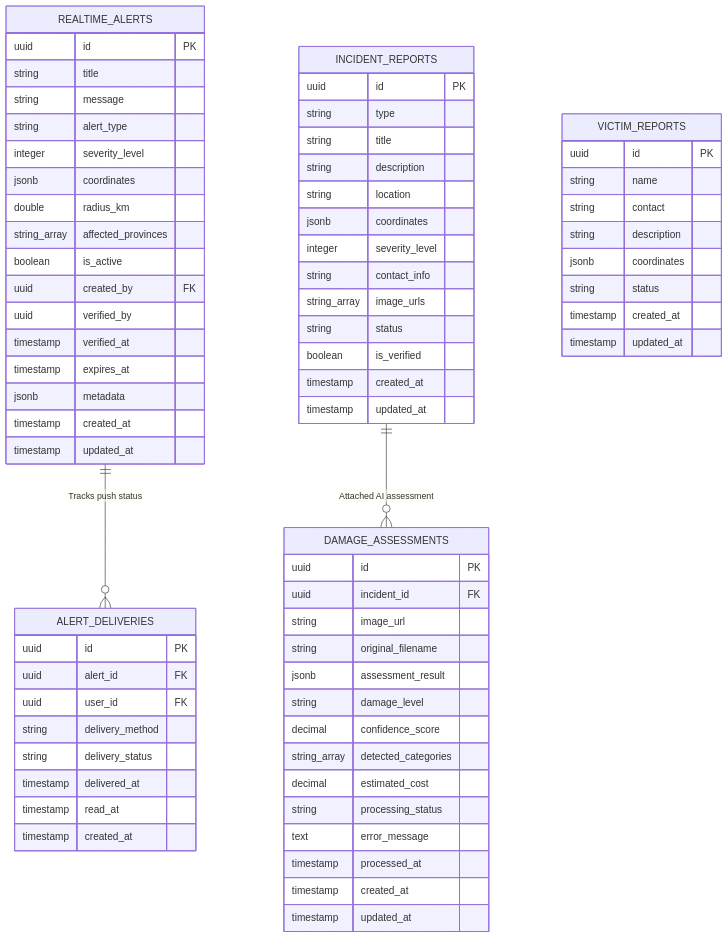
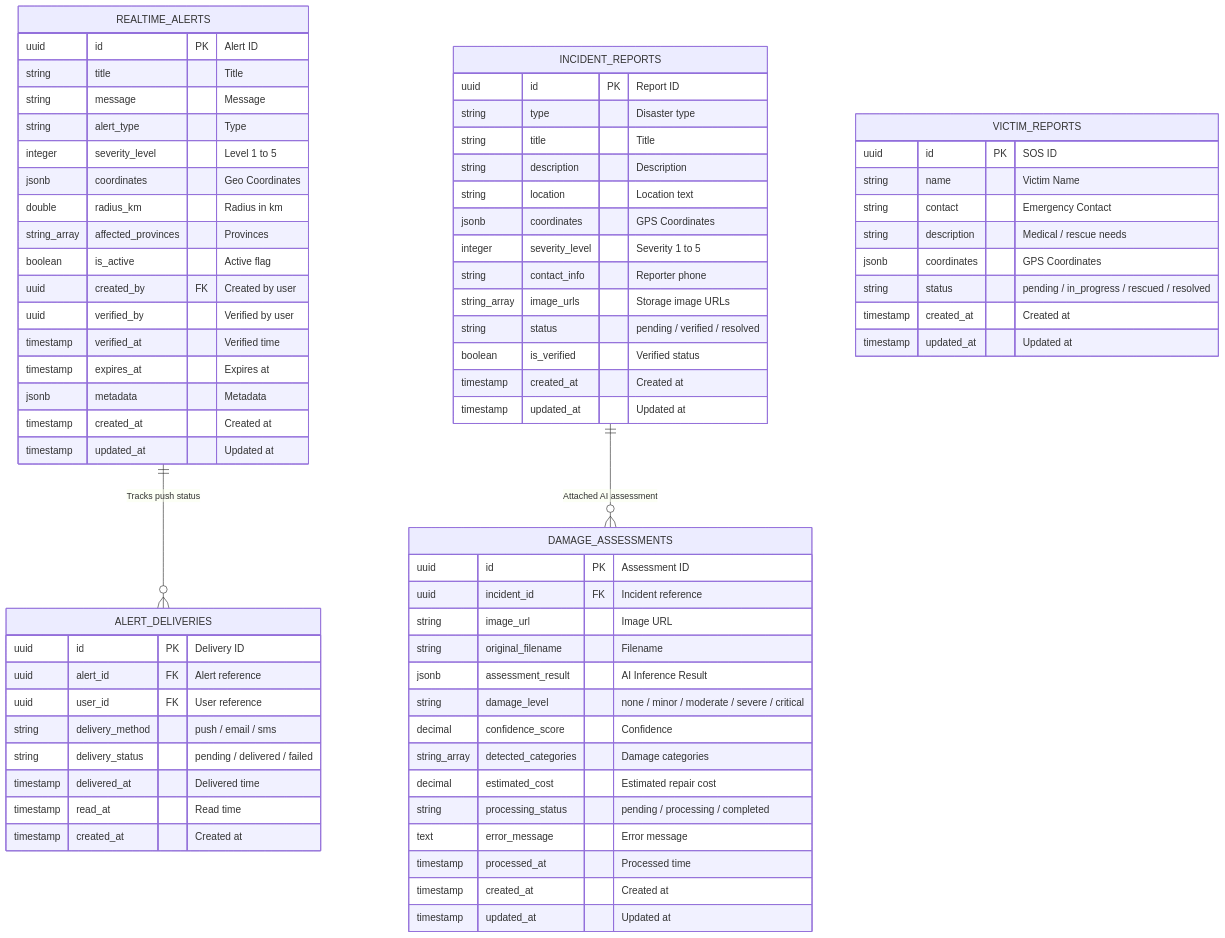
Before and after one commit to kchayta32/d-mind-mobile-app: the fourth of 8 diagrams in IoT_Station/DATABASE_ER_DIAGRAM.md, drawn with Mermaid. The commit also changed other lines of this file and 1 other file, not shown here.

Commit message:
docs: optimize Mermaid ER diagrams for GitHub markdown rendering

````diff
--- a/IoT_Station/DATABASE_ER_DIAGRAM.md
+++ b/IoT_Station/DATABASE_ER_DIAGRAM.md
@@ -563,79 +566,79 @@
 ```mermaid
 erDiagram
     REALTIME_ALERTS {
-        uuid id PK
-        string title
-        string message
-        string alert_type
-        integer severity_level
-        jsonb coordinates
-        double radius_km
-        string_array affected_provinces
-        boolean is_active
-        uuid created_by FK
-        uuid verified_by
-        timestamp verified_at
-        timestamp expires_at
-        jsonb metadata
-        timestamp created_at
-        timestamp updated_at
+        uuid id PK "Alert ID"
+        string title "Title"
+        string message "Message"
+        string alert_type "Type"
+        integer severity_level "Level 1 to 5"
+        jsonb coordinates "Geo Coordinates"
+        double radius_km "Radius in km"
+        string_array affected_provinces "Provinces"
+        boolean is_active "Active flag"
+        uuid created_by FK "Created by user"
+        uuid verified_by "Verified by user"
+        timestamp verified_at "Verified time"
+        timestamp expires_at "Expires at"
+        jsonb metadata "Metadata"
+        timestamp created_at "Created at"
+        timestamp updated_at "Updated at"
     }
 
     ALERT_DELIVERIES {
-        uuid id PK
-        uuid alert_id FK
-        uuid user_id FK
-        string delivery_method
-        string delivery_status
-        timestamp delivered_at
-        timestamp read_at
-        timestamp created_at
+        uuid id PK "Delivery ID"
+        uuid alert_id FK "Alert reference"
+        uuid user_id FK "User reference"
+        string delivery_method "push / email / sms"
+        string delivery_status "pending / delivered / failed"
+        timestamp delivered_at "Delivered time"
+        timestamp read_at "Read time"
+        timestamp created_at "Created at"
     }
 
     INCIDENT_REPORTS {
-        uuid id PK
-        string type
-        string title
-        string description
-        string location
-        jsonb coordinates
-        integer severity_level
-        string contact_info
-        string_array image_urls
-        string status
-        boolean is_verified
-        timestamp created_at
-        timestamp updated_at
+        uuid id PK "Report ID"
+        string type "Disaster type"
+        string title "Title"
+        string description "Description"
+        string location "Location text"
+        jsonb coordinates "GPS Coordinates"
+        integer severity_level "Severity 1 to 5"
+        string contact_info "Reporter phone"
+        string_array image_urls "Storage image URLs"
+        string status "pending / verified / resolved"
+        boolean is_verified "Verified status"
+        timestamp created_at "Created at"
+        timestamp updated_at "Updated at"
     }
 
     DAMAGE_ASSESSMENTS {
-        uuid id PK
-        uuid incident_id FK
-        string image_url
-        string original_filename
-        jsonb assessment_result
-        string damage_level
-        decimal confidence_score
-        string_array detected_categories
-        decimal estimated_cost
-        string processing_status
-        text error_message
-        timestamp processed_at
-        timestamp created_at
-        timestamp updated_at
+        uuid id PK "Assessment ID"
+        uuid incident_id FK "Incident reference"
+        string image_url "Image URL"
+        string original_filename "Filename"
+        jsonb assessment_result "AI Inference Result"
+        string damage_level "none / minor / moderate / severe / critical"
+        decimal confidence_score "Confidence"
+        string_array detected_categories "Damage categories"
+        decimal estimated_cost "Estimated repair cost"
+        string processing_status "pending / processing / completed"
+        text error_message "Error message"
+        timestamp processed_at "Processed time"
+        timestamp created_at "Created at"
+        timestamp updated_at "Updated at"
     }
 
     VICTIM_REPORTS {
-        uuid id PK
-        string name
-        string contact
-        string description
-        jsonb coordinates
-        string status
-        timestamp created_at
-        timestamp updated_at
+        uuid id PK "SOS ID"
+        string name "Victim Name"
+        string contact "Emergency Contact"
+        string description "Medical / rescue needs"
+        jsonb coordinates "GPS Coordinates"
+        string status "pending / in_progress / rescued / resolved"
+        timestamp created_at "Created at"
+        timestamp updated_at "Updated at"
     }
 
     REALTIME_ALERTS ||--o{ ALERT_DELIVERIES : "Tracks push status"
     INCIDENT_REPORTS ||--o{ DAMAGE_ASSESSMENTS : "Attached AI assessment"
 ```
````
